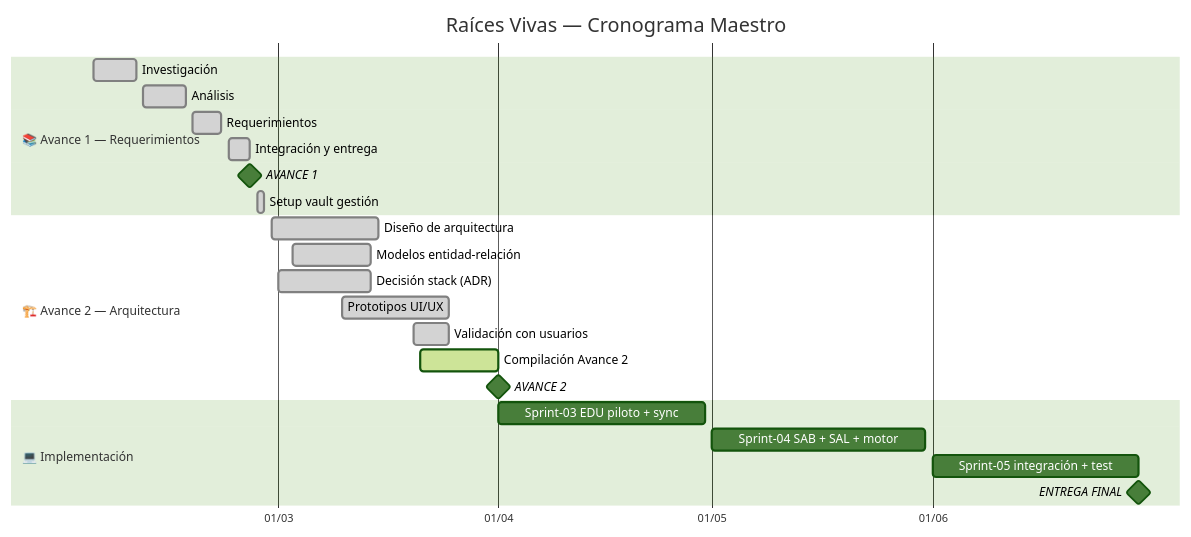
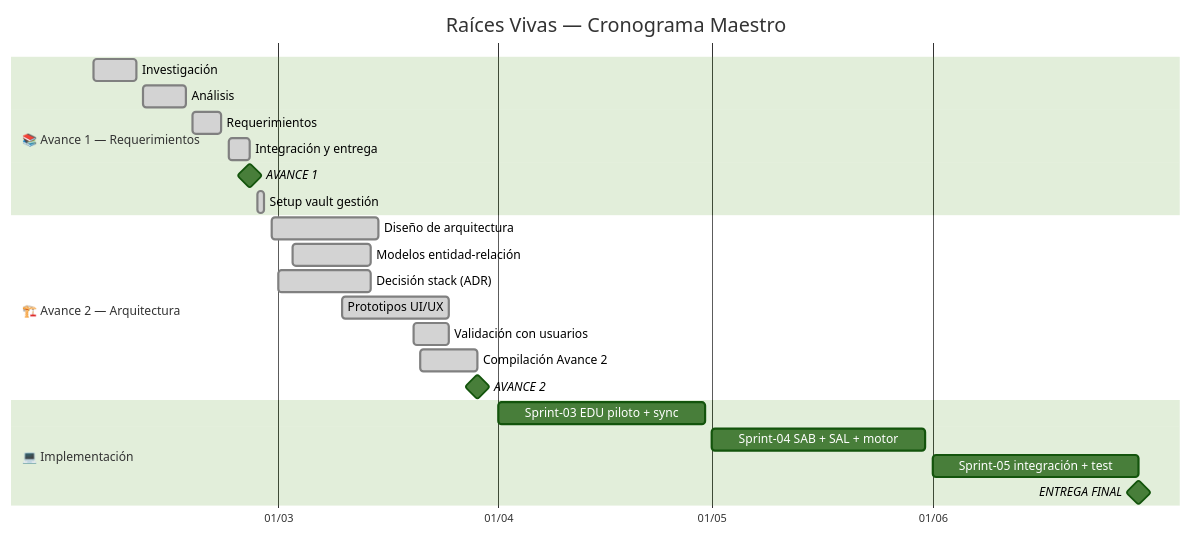
The first of 3 diagrams in 00-Dashboard/Roadmap.md (yonrasgg/RAICES_VIVAS), drawn with Mermaid (forest theme) before and after one commit. The commit also changed other lines of this file and 68 other files, not shown here.

````diff
--- a/00-Dashboard/Roadmap.md
+++ b/00-Dashboard/Roadmap.md
@@ -17,30 +17,30 @@
 ```mermaid
 gantt
     title Raíces Vivas — Cronograma Maestro
     dateFormat YYYY-MM-DD
     axisFormat %d/%m
     todayMarker stroke-width:3px,stroke:#f66,opacity:0.8
 
     section 📚 Avance 1 — Requerimientos
     Investigación           :done,   a1, 2026-02-03, 2026-02-09
     Análisis                :done,   a2, 2026-02-10, 2026-02-16
     Requerimientos          :done,   a3, 2026-02-17, 2026-02-21
     Integración y entrega   :done,   a4, 2026-02-22, 2026-02-25
     AVANCE 1                :milestone, m1, 2026-02-25, 0d
     Setup vault gestión     :done,   a5, 2026-02-26, 2026-02-27
 
     section 🏗️ Avance 2 — Arquitectura
     Diseño de arquitectura  :done,   b1, 2026-02-28, 2026-03-15
     Modelos entidad-relación:done,   b2, 2026-03-03, 2026-03-14
     Decisión stack (ADR)    :done,   b3, 2026-03-01, 2026-03-14
     Prototipos UI/UX        :done,   b4, 2026-03-10, 2026-03-25
     Validación con usuarios :done,   b5, 2026-03-20, 2026-03-25
-    Compilación Avance 2    :active, b6, 2026-03-21, 2026-04-01
-    AVANCE 2                :milestone, m2, 2026-04-01, 0d
+    Compilación Avance 2    :done,   b6, 2026-03-21, 2026-03-29
+    AVANCE 2                :milestone, m2, 2026-03-29, 0d
 
     section 💻 Implementación
     Sprint-03 EDU piloto + sync  :        c1, 2026-04-01, 2026-04-30
     Sprint-04 SAB + SAL + motor  :        c2, 2026-05-01, 2026-05-31
     Sprint-05 integración + test :        c3, 2026-06-01, 2026-06-30
     ENTREGA FINAL           :milestone, m3, 2026-06-30, 0d
 ```
````
